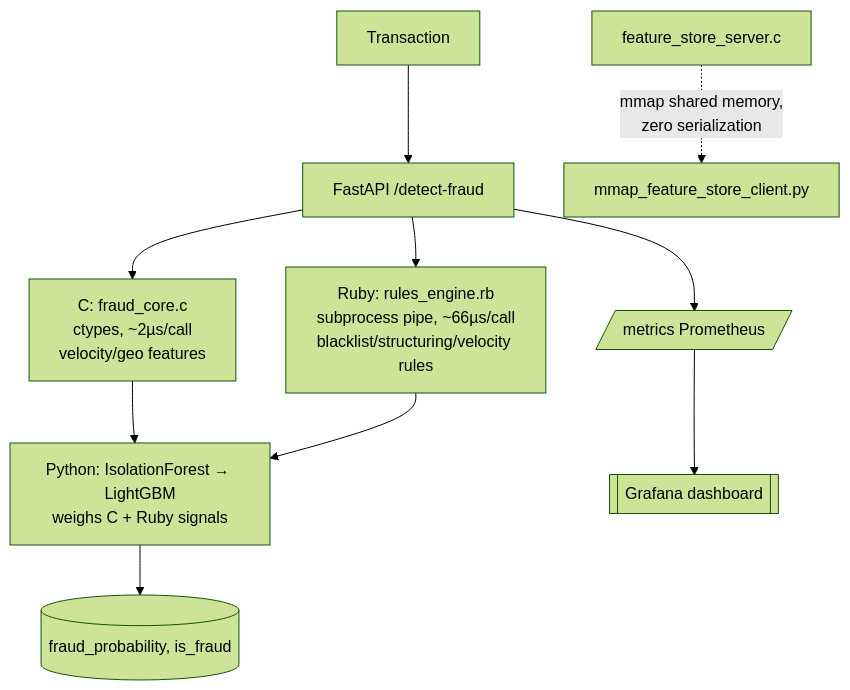
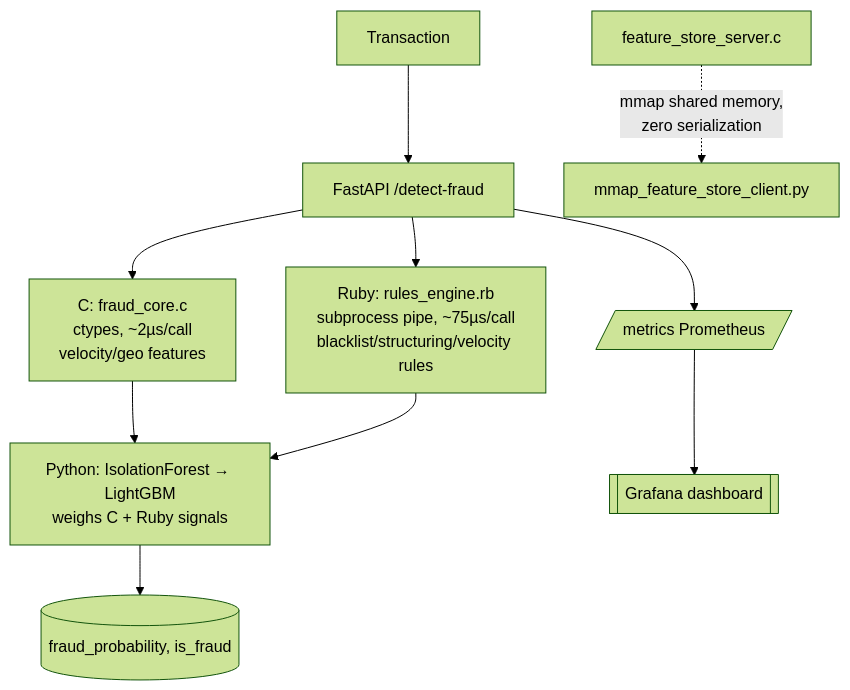
One commit to Rxyxs/chile-polyglot-fraud-engine changed the diagram in README.md. Above: the diagram before and after it, drawn with Mermaid (forest theme). The commit also changed other lines of this file and 8 other files, not shown here.

First line of the commit message:
Refresh README numbers from a fresh end-to-end run, add interactive chart

````diff
--- a/README.md
+++ b/README.md
@@ -79,12 +79,12 @@
 ```mermaid
 flowchart TB
     TX[Transaction] --> API[FastAPI /detect-fraud]
     API --> C["C: fraud_core.c<br/>ctypes, ~2µs/call<br/>velocity/geo features"]
-    API --> RB["Ruby: rules_engine.rb<br/>subprocess pipe, ~66µs/call<br/>blacklist/structuring/velocity rules"]
+    API --> RB["Ruby: rules_engine.rb<br/>subprocess pipe, ~75µs/call<br/>blacklist/structuring/velocity rules"]
     C --> ML["Python: IsolationForest → LightGBM<br/>weighs C + Ruby signals"]
     RB --> ML
     ML --> OUT[(fraud_probability, is_fraud)]
     API --> METRICS[/metrics Prometheus/] --> GRAFANA[[Grafana dashboard]]
 
     FSC[feature_store_server.c] -.mmap shared memory,<br/>zero serialization.-> PYCLIENT[mmap_feature_store_client.py]
 ```
````
